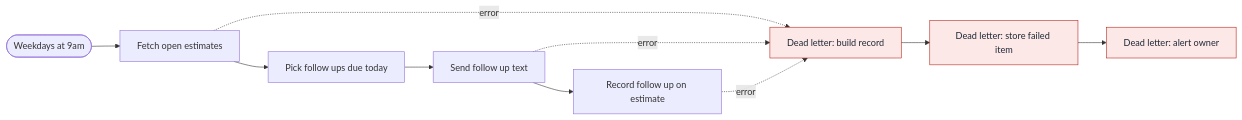
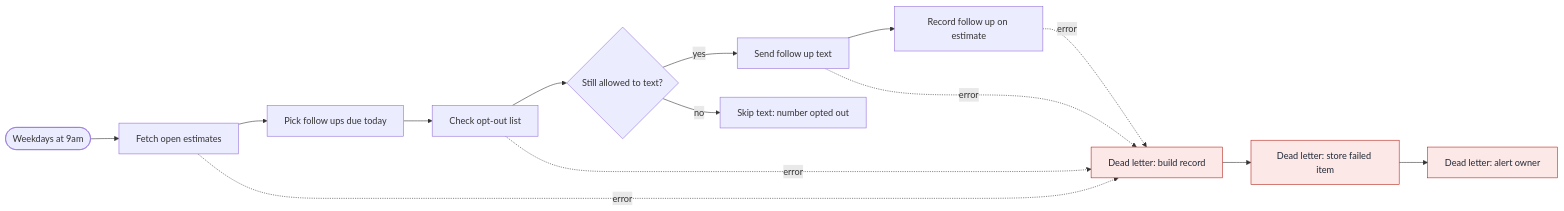
One commit to midcityhandyman/n8n-workflow-library changed the diagram in workflows/03-estimate-follow-up/README.md. Above: the diagram before and after it, drawn with Mermaid. The commit also changed other lines of this file and 31 other files, not shown here.

First line of the commit message:
Add SMS opt-out handling: STOP workflow, opt-out check and line on every customer text

````diff
--- a/workflows/03-estimate-follow-up/README.md
+++ b/workflows/03-estimate-follow-up/README.md
@@ -13,22 +13,29 @@
 ```mermaid
 flowchart LR
     n1(["Weekdays at 9am"])
     n2["Fetch open estimates"]
     n3["Pick follow ups due today"]
-    n4["Send follow up text"]
-    n5["Record follow up on estimate"]
-    n6["Dead letter: build record"]
-    n7["Dead letter: store failed item"]
-    n8["Dead letter: alert owner"]
+    n4["Check opt-out list"]
+    n5{"Still allowed to text?"}
+    n6["Skip text: number opted out"]
+    n7["Send follow up text"]
+    n8["Record follow up on estimate"]
+    n9["Dead letter: build record"]
+    n10["Dead letter: store failed item"]
+    n11["Dead letter: alert owner"]
     n1 --> n2
     n2 --> n3
-    n2 -. error .-> n6
+    n2 -. error .-> n9
     n3 --> n4
     n4 --> n5
-    n4 -. error .-> n6
-    n5 -. error .-> n6
-    n6 --> n7
+    n4 -. error .-> n9
+    n5 -- yes --> n7
+    n5 -- no --> n6
     n7 --> n8
+    n7 -. error .-> n9
+    n8 -. error .-> n9
+    n9 --> n10
+    n10 --> n11
     classDef dead fill:#fde8e8,stroke:#b42318,color:#1f2937
-    class n6,n7,n8 dead
+    class n9,n10,n11 dead
 ```
````
